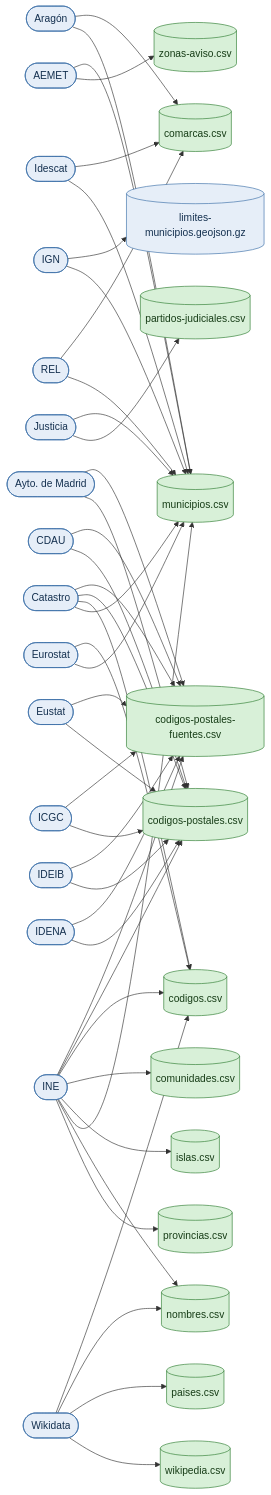
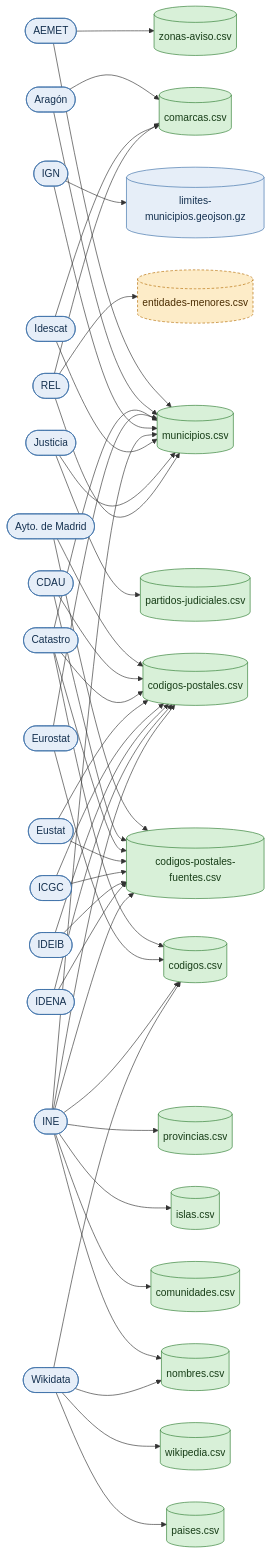
The fifth of 6 diagrams in docs/estado.md (alertapublica/territorios-es), drawn with Mermaid before and after one commit. The commit also changed other lines of this file and 22 other files, not shown here.

````diff
--- a/docs/estado.md
+++ b/docs/estado.md
@@ -225,79 +227,81 @@
 ```mermaid
 flowchart LR
   accTitle: Fuentes
   o_AEMET(["AEMET"]):::box
   o_Aragón(["Aragón"]):::box
   o_Ayto__de_Madrid(["Ayto. de Madrid"]):::box
   o_CDAU(["CDAU"]):::box
   o_Catastro(["Catastro"]):::box
   o_Eurostat(["Eurostat"]):::box
   o_Eustat(["Eustat"]):::box
   o_ICGC(["ICGC"]):::box
   o_IDEIB(["IDEIB"]):::box
   o_IDENA(["IDENA"]):::box
   o_IGN(["IGN"]):::box
   o_INE(["INE"]):::box
   o_Idescat(["Idescat"]):::box
   o_Justicia(["Justicia"]):::box
   o_REL(["REL"]):::box
   o_Wikidata(["Wikidata"]):::box
   f_codigos_postales_fuentes_csv[("codigos-postales-fuentes.csv")]:::done
   f_codigos_postales_csv[("codigos-postales.csv")]:::done
   f_codigos_csv[("codigos.csv")]:::done
   f_comarcas_csv[("comarcas.csv")]:::done
   f_comunidades_csv[("comunidades.csv")]:::done
+  f_entidades_menores_csv[("entidades-menores.csv")]:::todo
   f_islas_csv[("islas.csv")]:::done
   f_limites_municipios_geojson_gz[("limites-municipios.geojson.gz")]:::box
   f_municipios_csv[("municipios.csv")]:::done
   f_nombres_csv[("nombres.csv")]:::done
   f_paises_csv[("paises.csv")]:::done
   f_partidos_judiciales_csv[("partidos-judiciales.csv")]:::done
   f_provincias_csv[("provincias.csv")]:::done
   f_wikipedia_csv[("wikipedia.csv")]:::done
   f_zonas_aviso_csv[("zonas-aviso.csv")]:::done
   o_AEMET --> f_municipios_csv
   o_AEMET --> f_zonas_aviso_csv
   o_Aragón --> f_comarcas_csv
   o_Aragón --> f_municipios_csv
   o_Ayto__de_Madrid --> f_codigos_postales_fuentes_csv
   o_Ayto__de_Madrid --> f_codigos_postales_csv
   o_CDAU --> f_codigos_postales_fuentes_csv
   o_CDAU --> f_codigos_postales_csv
   o_Catastro --> f_codigos_postales_fuentes_csv
   o_Catastro --> f_codigos_postales_csv
   o_Catastro --> f_codigos_csv
   o_Catastro --> f_municipios_csv
   o_Eurostat --> f_codigos_csv
   o_Eurostat --> f_municipios_csv
   o_Eustat --> f_codigos_postales_fuentes_csv
   o_Eustat --> f_codigos_postales_csv
   o_ICGC --> f_codigos_postales_fuentes_csv
   o_ICGC --> f_codigos_postales_csv
   o_IDEIB --> f_codigos_postales_fuentes_csv
   o_IDEIB --> f_codigos_postales_csv
   o_IDENA --> f_codigos_postales_fuentes_csv
   o_IDENA --> f_codigos_postales_csv
   o_IGN --> f_limites_municipios_geojson_gz
   o_IGN --> f_municipios_csv
   o_INE --> f_codigos_postales_fuentes_csv
   o_INE --> f_codigos_postales_csv
   o_INE --> f_codigos_csv
   o_INE --> f_comunidades_csv
   o_INE --> f_islas_csv
   o_INE --> f_municipios_csv
   o_INE --> f_nombres_csv
   o_INE --> f_provincias_csv
   o_Idescat --> f_comarcas_csv
   o_Idescat --> f_municipios_csv
   o_Justicia --> f_municipios_csv
   o_Justicia --> f_partidos_judiciales_csv
   o_REL --> f_comarcas_csv
+  o_REL --> f_entidades_menores_csv
   o_REL --> f_municipios_csv
   o_Wikidata --> f_codigos_csv
   o_Wikidata --> f_nombres_csv
   o_Wikidata --> f_paises_csv
   o_Wikidata --> f_wikipedia_csv
   classDef done fill:#d8f0d8,stroke:#2e7d32,color:#173d17
   classDef todo fill:#fdecc8,stroke:#b26a00,color:#4a2c00,stroke-dasharray:4 3
   classDef box fill:#e6eef8,stroke:#3b6ea8,color:#14304f
 ```
````
